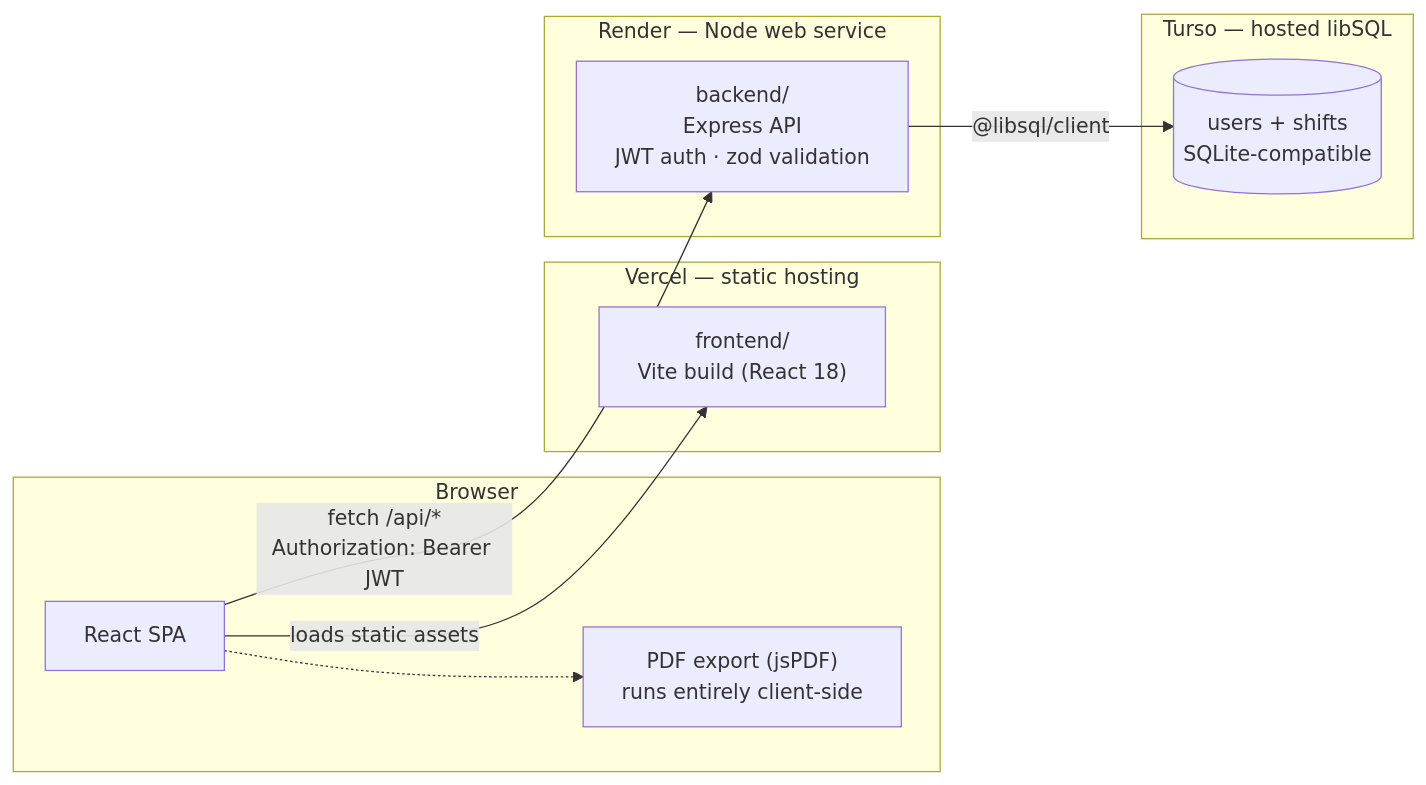
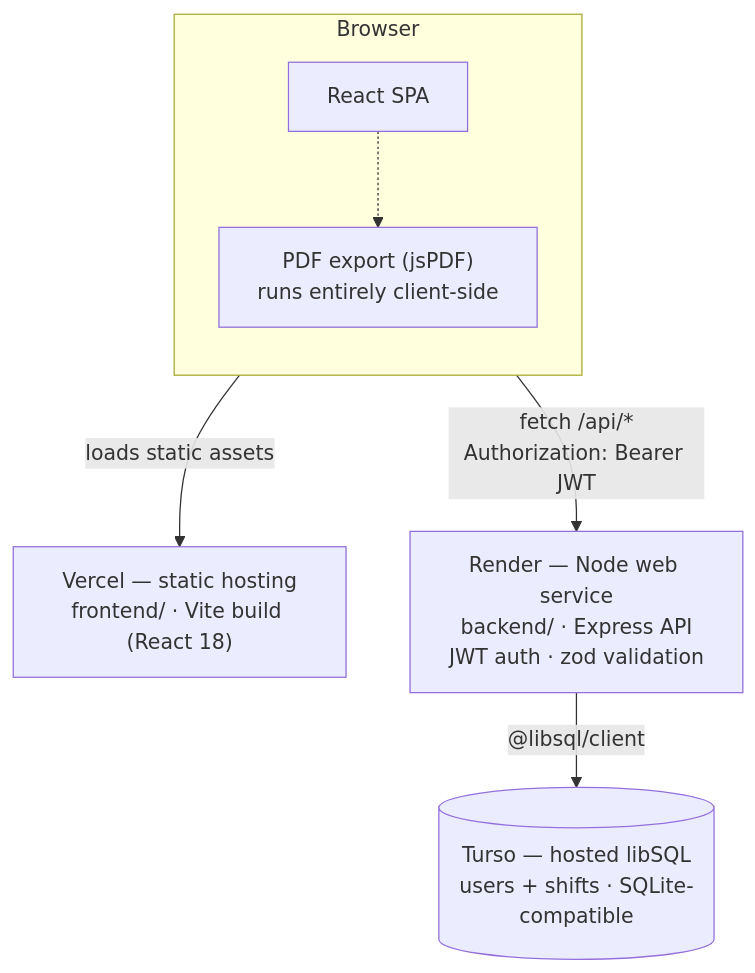
One commit to Ezaz-Ahmad/WagesTracker changed the diagram in README.md. Above: the diagram before and after it, drawn with Mermaid.

Commit message:
Fix messy layout in README architecture diagram
The LR layout with four sibling single-node subgraphs made Mermaid's auto-layout cross arrows and float edge labels oddly. Switched to a top-down flow (Browser forking to Vercel + Render, Render down to Turso) with only the Browser/PDF pairing kept as a subgraph — reads cleanly with no crossings.

````diff
--- a/README.md
+++ b/README.md
@@ -15,24 +15,17 @@
 ```mermaid
-flowchart LR
+flowchart TD
     subgraph Client["Browser"]
+        direction TB
         Browser["React SPA"]
         PDF["PDF export (jsPDF)<br/>runs entirely client-side"]
         Browser -.-> PDF
     end
 
-    subgraph Vercel["Vercel — static hosting"]
-        Frontend["frontend/<br/>Vite build (React 18)"]
-    end
-
-    subgraph Render["Render — Node web service"]
-        API["backend/<br/>Express API<br/>JWT auth · zod validation"]
-    end
-
-    subgraph Turso["Turso — hosted libSQL"]
-        DB[("users + shifts<br/>SQLite-compatible")]
-    end
+    Frontend["Vercel — static hosting<br/>frontend/ · Vite build (React 18)"]
+    API["Render — Node web service<br/>backend/ · Express API<br/>JWT auth · zod validation"]
+    DB[("Turso — hosted libSQL<br/>users + shifts · SQLite-compatible")]
 
     Browser -- "loads static assets" --> Frontend
     Browser -- "fetch /api/*<br/>Authorization: Bearer JWT" --> API
     API -- "@libsql/client" --> DB
 ```
````
